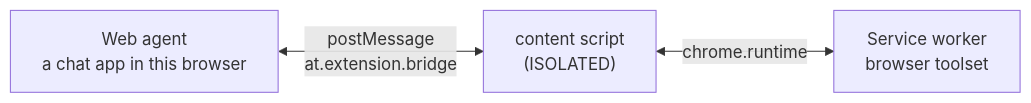
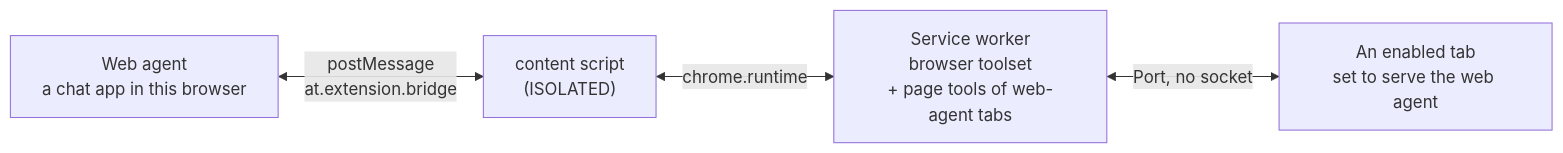
The second of 2 diagrams in README.md (rytsh/mcp-page-bridge), drawn with Mermaid before and after one commit. The commit also changed other lines of this file and 17 other files, not shown here.

````diff
--- a/README.md
+++ b/README.md
@@ -534,9 +534,11 @@
 ```mermaid
 flowchart LR
     WA["Web agent<br/>a chat app in this browser"]
     CS["content script<br/>(ISOLATED)"]
-    SW["Service worker<br/>browser toolset"]
+    SW["Service worker<br/>browser toolset<br/>+ page tools of web-agent tabs"]
+    PT["An enabled tab<br/>set to serve the web agent"]
 
     WA <-->|"postMessage<br/>at.extension.bridge"| CS
     CS <-->|"chrome.runtime"| SW
+    SW <-->|"Port, no socket"| PT
 ```
````
